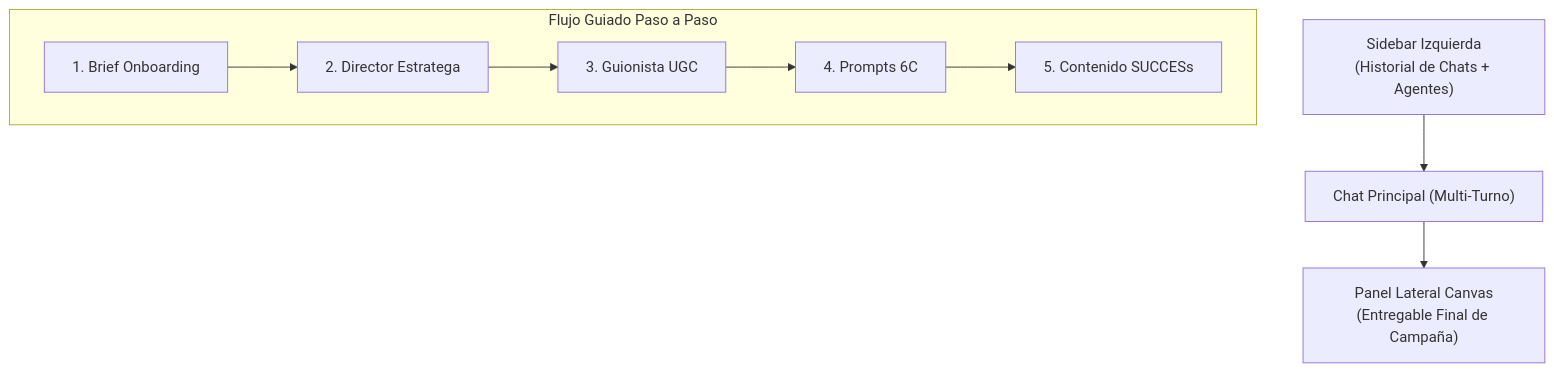
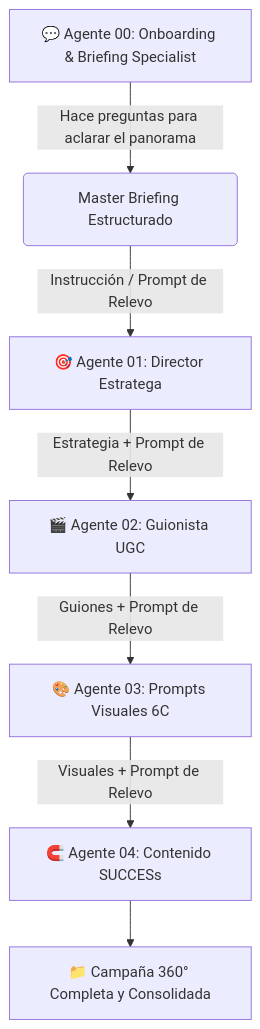
Before and after one commit to Aizack/IA_Marketing_Digital: the diagram in PLAN_EVOLUCION_MARKETING_STUDIO_V3.md, drawn with Mermaid. The commit also changed other lines of this file, not shown here.

Commit message:
docs: add Onboarding Specialist agent and Handoff Pipeline to V3 plan

````diff
--- a/PLAN_EVOLUCION_MARKETING_STUDIO_V3.md
+++ b/PLAN_EVOLUCION_MARKETING_STUDIO_V3.md
@@ -30,12 +13,9 @@
 ```mermaid
 graph TD
-    A["Sidebar Izquierda<br/>(Historial de Chats + Agentes)"] --> B["Chat Principal (Multi-Turno)"]
-    B --> C["Panel Lateral Canvas<br/>(Entregable Final de Campaña)"]
-    
-    subgraph "Flujo Guiado Paso a Paso"
-        D["1. Brief Onboarding"] --> E["2. Director Estratega"]
-        E --> F["3. Guionista UGC"]
-        F --> G["4. Prompts 6C"]
-        G --> H["5. Contenido SUCCESs"]
-    end
+    A["💬 Agente 00: Onboarding & Briefing Specialist"] -->|"Hace preguntas para aclarar el panorama"| B("Master Briefing Estructurado")
+    B -->|"Instrucción / Prompt de Relevo"| C["🎯 Agente 01: Director Estratega"]
+    C -->|"Estrategia + Prompt de Relevo"| D["🎬 Agente 02: Guionista UGC"]
+    D -->|"Guiones + Prompt de Relevo"| E["🎨 Agente 03: Prompts Visuales 6C"]
+    E -->|"Visuales + Prompt de Relevo"| F["🧲 Agente 04: Contenido SUCCESs"]
+    F --> G["📁 Campaña 360° Completa y Consolidada"]
 ```
````
